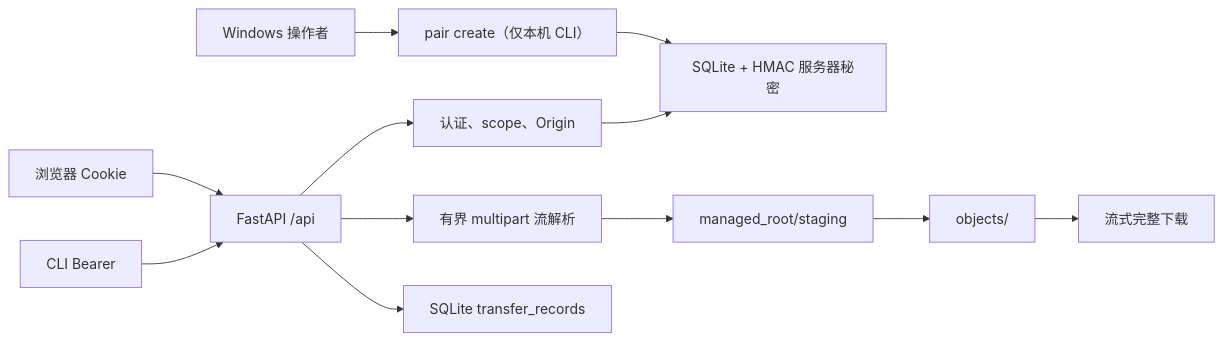
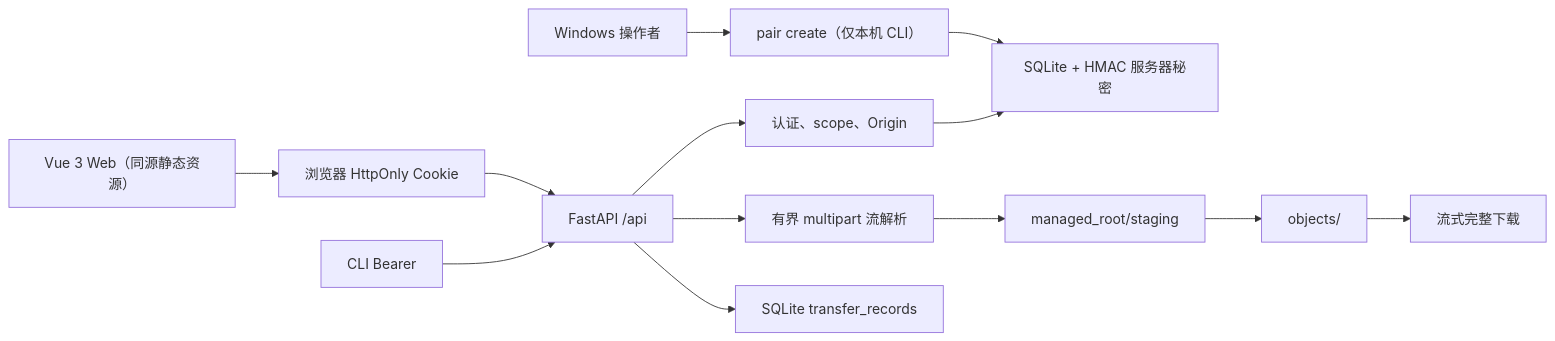
One commit to cppppercy/lan-distribution-lab changed the diagram in docs/ARCHITECTURE.md. Above: the diagram before and after it, drawn with Mermaid. The commit also changed other lines of this file and 20 other files, not shown here.

````diff
--- a/docs/ARCHITECTURE.md
+++ b/docs/ARCHITECTURE.md
@@ -7,14 +7,15 @@
 ```mermaid
 flowchart LR
     operator["Windows 操作者"] --> cli["pair create（仅本机 CLI）"]
     cli --> state["SQLite + HMAC 服务器秘密"]
-    browser["浏览器 Cookie"] --> api["FastAPI /api"]
+    web["Vue 3 Web（同源静态资源）"] --> browser["浏览器 HttpOnly Cookie"]
+    browser --> api["FastAPI /api"]
     client["CLI Bearer"] --> api
     api --> auth["认证、scope、Origin"]
     api --> multipart["有界 multipart 流解析"]
     multipart --> staging["managed_root/staging"]
     staging --> objects["objects/<server UUID>"]
     auth --> state
     objects --> download["流式完整下载"]
     api --> transfers["SQLite transfer_records"]
 ```
````
